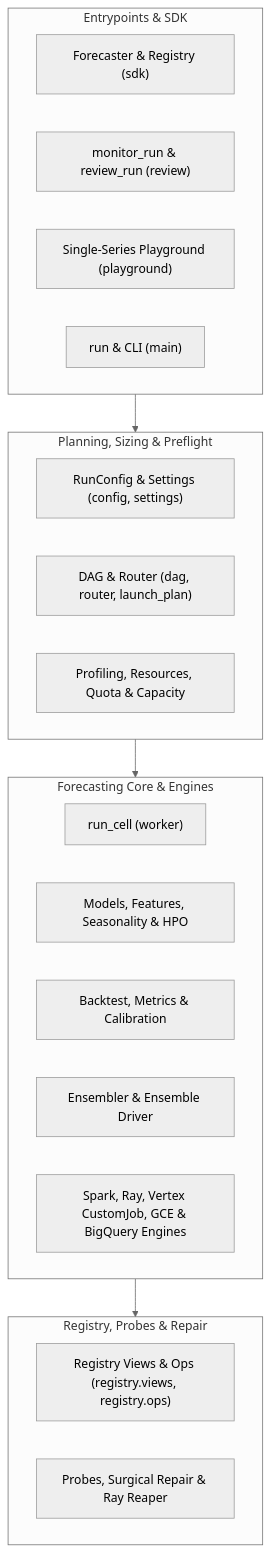
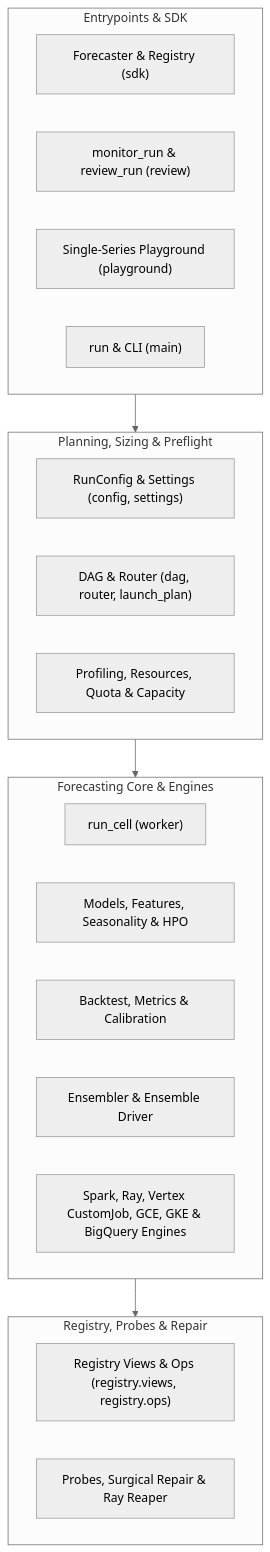
The diagram in docs/api/index.md (statmike/scale-forecasting), drawn with Mermaid (neutral theme) before and after one commit. The commit also changed other lines of this file and 59 other files, not shown here.

Commit message:
feat(gke): add Google Kubernetes Engine (gke) runtime, Indexed Jobs, Ray-on-GKE, per-pod GPU scale-down, and runtimes reference

````diff
--- a/docs/api/index.md
+++ b/docs/api/index.md
@@ -5,26 +5,26 @@
 ```mermaid
 flowchart TD
     subgraph Entry["Entrypoints & SDK"]
         SDK["Forecaster & Registry (sdk)"]
         REV["monitor_run & review_run (review)"]
         PG["Single-Series Playground (playground)"]
         MAIN["run & CLI (main)"]
     end
     subgraph Plan["Planning, Sizing & Preflight"]
         CFG["RunConfig & Settings (config, settings)"]
         DAG["DAG & Router (dag, router, launch_plan)"]
         PROF["Profiling, Resources, Quota & Capacity"]
     end
     subgraph Core["Forecasting Core & Engines"]
         WRK["run_cell (worker)"]
         MOD["Models, Features, Seasonality & HPO"]
         BT["Backtest, Metrics & Calibration"]
         ENS["Ensembler & Ensemble Driver"]
-        ENG["Spark, Ray, Vertex CustomJob, GCE & BigQuery Engines"]
+        ENG["Spark, Ray, Vertex CustomJob, GCE, GKE & BigQuery Engines"]
     end
     subgraph Ops["Registry, Probes & Repair"]
         REG["Registry Views & Ops (registry.views, registry.ops)"]
         PRB["Probes, Surgical Repair & Ray Reaper"]
     end
     Entry --> Plan --> Core --> Ops
 ```
````
